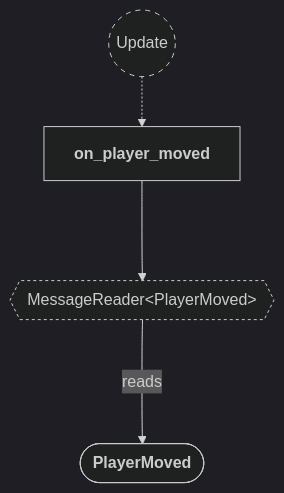
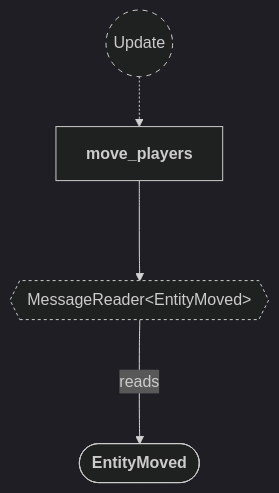
The first of 3 diagrams in backlog/docs/doc-4 - 003-Movements-plugin.md (neurosoup/tyled), drawn with Mermaid before and after one commit. The commit also changed other lines of this file and 11 other files, not shown here.

````diff
--- a/backlog/docs/doc-4 - 003-Movements-plugin.md
+++ b/backlog/docs/doc-4 - 003-Movements-plugin.md
@@ -47,22 +36,22 @@
 ```mermaid
 ---
 config:
   theme: dark
 ---
 
 flowchart TD
 classDef system-group stroke-dasharray: 5 5
 classDef reader stroke-dasharray: 3 3
 
 update(("`Update`")):::system-group
-on_player_moved["`**on_player_moved**`"]
+move_players["`**move_players**`"]
 
-update -.-> on_player_moved
+update -.-> move_players
 
-message_reader{{"MessageReader#60;PlayerMoved#62;"}}:::reader
-on_player_moved ---> message_reader
+message_reader{{"MessageReader#60;EntityMoved#62;"}}:::reader
+move_players ---> message_reader
 
-player_moved_message(["`**PlayerMoved**`"])
+entity_moved_message(["`**EntityMoved**`"])
 
-message_reader ---> |reads| player_moved_message
+message_reader ---> |reads| entity_moved_message
 ```
````
